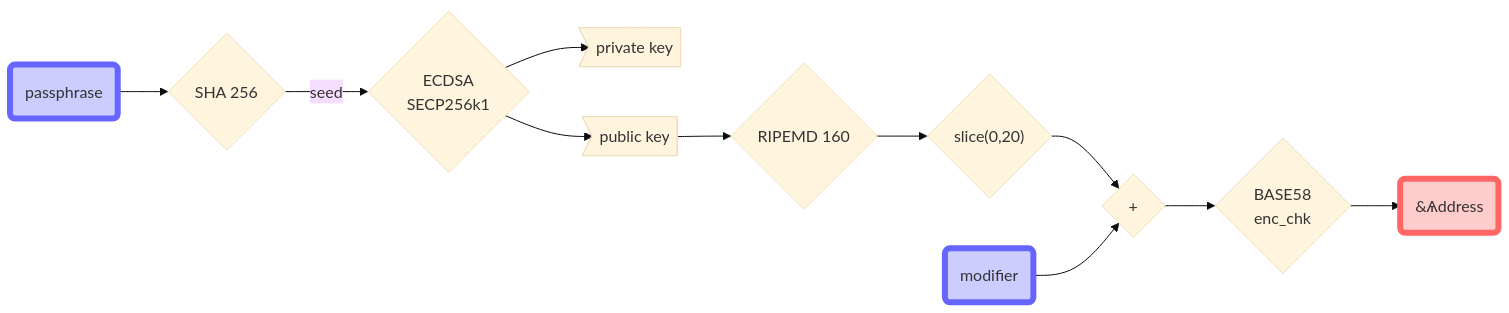
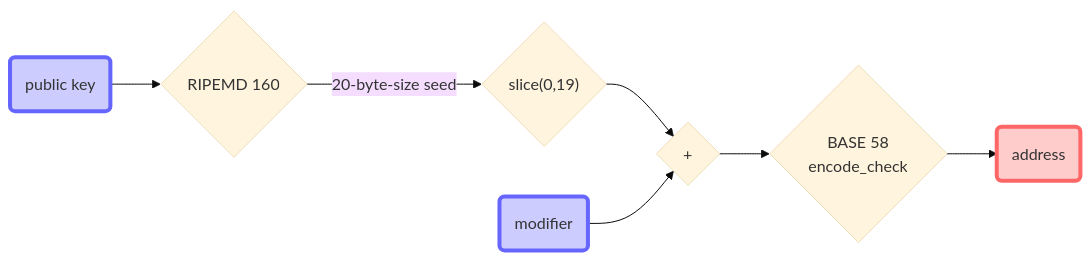
Before and after one commit to ArkEcosystemArchive/legacy-docs: the second of 2 diagrams in general/04_WhatIsArkAddress/04_WhatIsArkAddress.md, drawn with Mermaid (base theme). The commit also changed other lines of this file, not shown here.

````diff
--- a/general/04_WhatIsArkAddress/04_WhatIsArkAddress.md
+++ b/general/04_WhatIsArkAddress/04_WhatIsArkAddress.md
@@ -37,18 +45,12 @@
 ```mermaid
 graph LR
-
-    P(passphrase) --> S{SHA 256}
-    S -- seed --> T{<center>ECDSA<br/>SECP256k1</center>}
-    T --> P1>private key]
-    T --> P2>public key]
-    R --> X{"slice(0,20)"}
+    P2(public key) --> R{RIPEMD 160}
+    R -- "20-byte-size seed" --> X{"slice(0,19)"}
     X --> O{+}
     M(modifier) --> O
-    O --> B{<center>BASE58<br/>enc_chk</center>}
-    B --> A("&#1126;ddress")
-    P2 --> R{RIPEMD 160}
-
-style M fill:#ccf,stroke:#66f,stroke-width:6px
-style P fill:#ccf,stroke:#66f,stroke-width:6px
-style A fill:#fcc,stroke:#f66,stroke-width:6px
+    O --> B{<center>BASE 58<br/>encode_check</center>}
+    B --> A(<center>address<center>)
+style M fill:#ccf,stroke:#66f,stroke-width:4px
+style P2 fill:#ccf,stroke:#66f,stroke-width:4px
+style A fill:#fcc,stroke:#f66,stroke-width:4px
 ```
````
